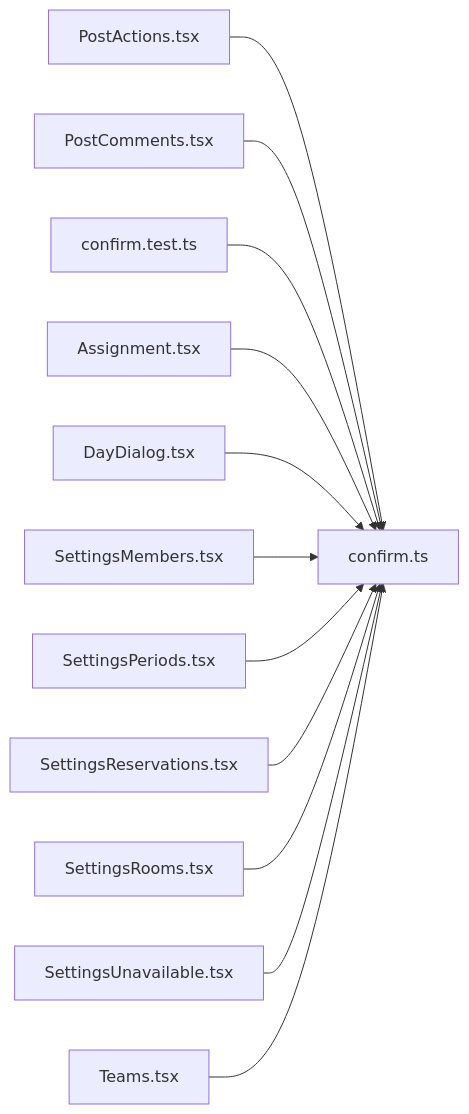
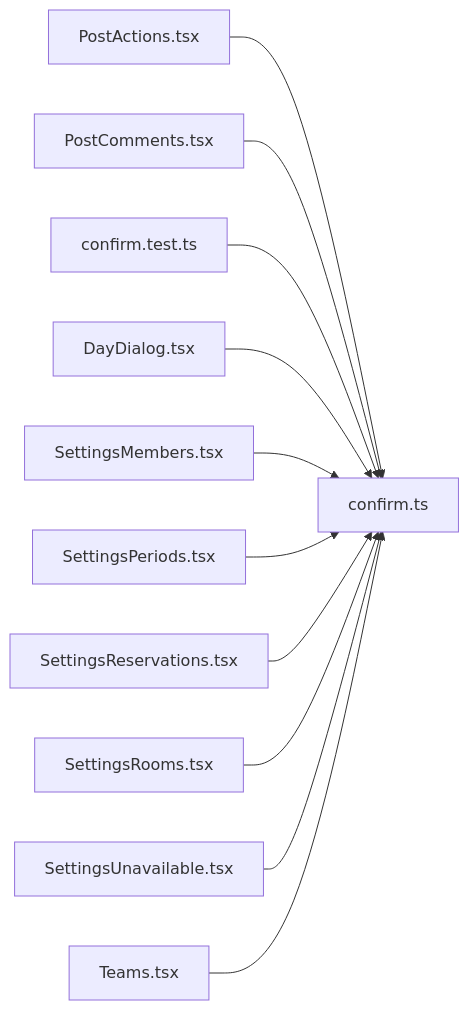
The diagram in .cluedoc/graph/frontend/src/lib/confirm.md (minkong-dev/Banblit), drawn with Mermaid before and after one commit. The commit also changed other lines of this file and 40 other files, not shown here.

````diff
--- a/.cluedoc/graph/frontend/src/lib/confirm.md
+++ b/.cluedoc/graph/frontend/src/lib/confirm.md
@@ -10,15 +10,14 @@
 ```mermaid
 flowchart LR
   frontend_src_lib_confirm["confirm.ts"]
   frontend_src_components_PostActions["PostActions.tsx"] --> frontend_src_lib_confirm
   frontend_src_components_PostComments["PostComments.tsx"] --> frontend_src_lib_confirm
   frontend_src_lib_confirm_test["confirm.test.ts"] --> frontend_src_lib_confirm
-  frontend_src_routes_Assignment["Assignment.tsx"] --> frontend_src_lib_confirm
   frontend_src_routes_DayDialog["DayDialog.tsx"] --> frontend_src_lib_confirm
   frontend_src_routes_SettingsMembers["SettingsMembers.tsx"] --> frontend_src_lib_confirm
   frontend_src_routes_SettingsPeriods["SettingsPeriods.tsx"] --> frontend_src_lib_confirm
   frontend_src_routes_SettingsReservations["SettingsReservations.tsx"] --> frontend_src_lib_confirm
   frontend_src_routes_SettingsRooms["SettingsRooms.tsx"] --> frontend_src_lib_confirm
   frontend_src_routes_SettingsUnavailable["SettingsUnavailable.tsx"] --> frontend_src_lib_confirm
   frontend_src_routes_Teams["Teams.tsx"] --> frontend_src_lib_confirm
 ```
````
